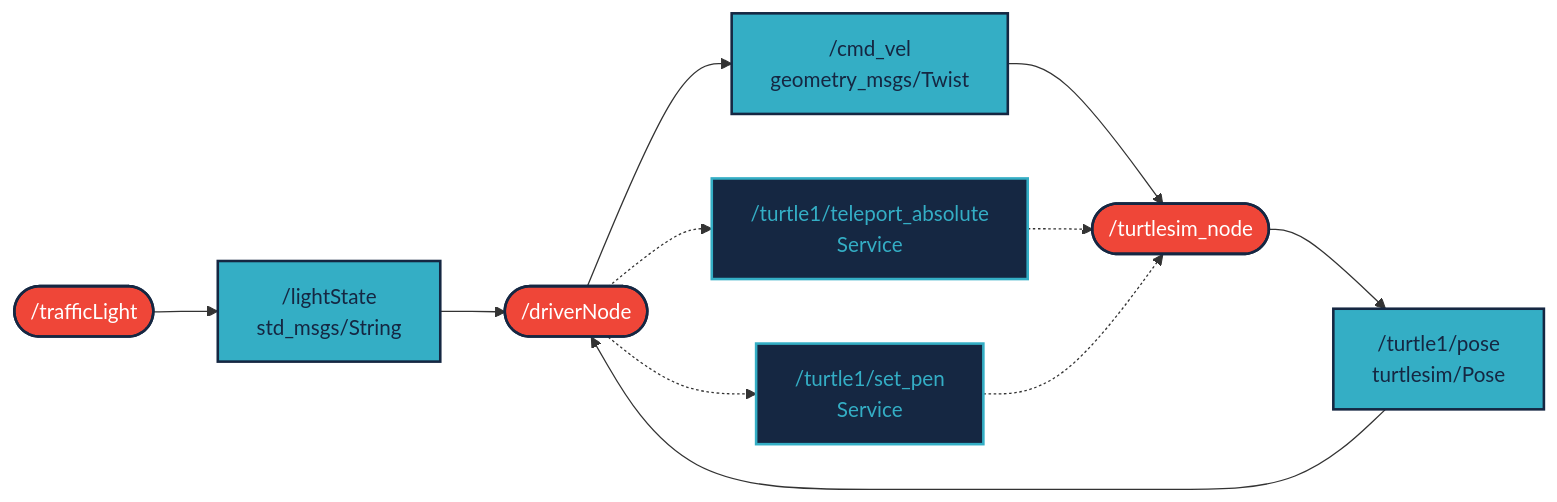
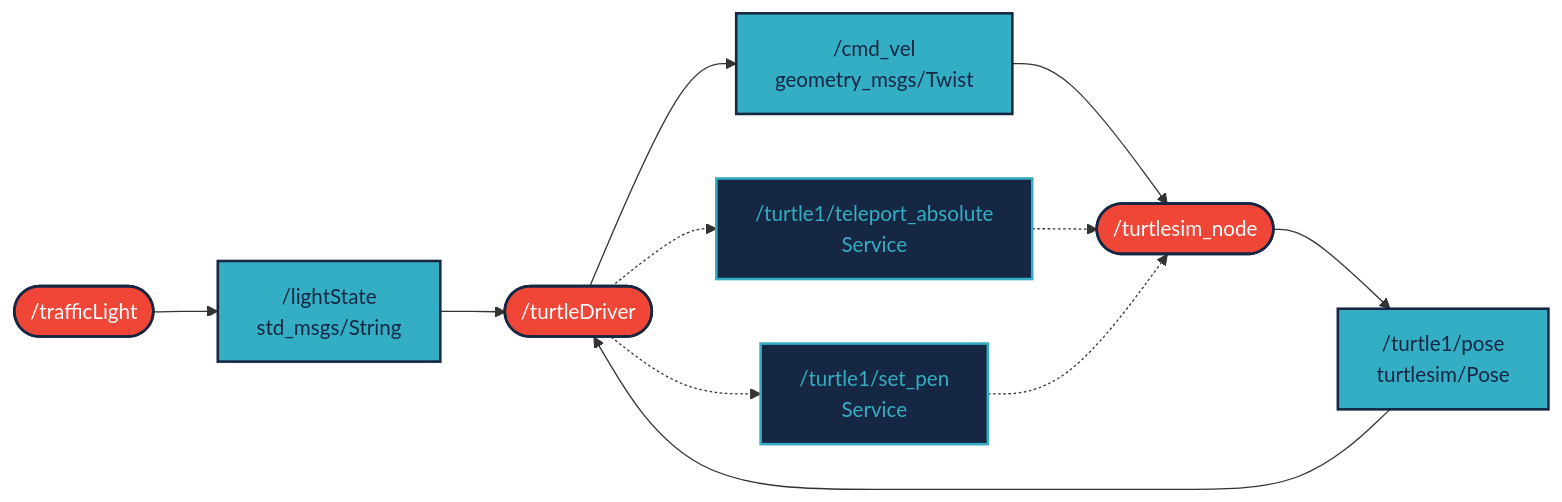
Before and after one commit to AstruntCM/may_nev_ajr: the diagram in README.md, drawn with Mermaid. The commit also changed other lines of this file, not shown here.

Commit message:
Update README v4

````diff
--- a/README.md
+++ b/README.md
@@ -53,18 +53,18 @@
 ```mermaid
 graph LR;
     tl([ /trafficLight]):::red --> light[ /lightState<br/>std_msgs/String]:::light
-    light --> dr([ /driverNode]):::red
+    light --> dr([ /turtleDriver]):::red
     dr --> cmd[ /cmd_vel<br/>geometry_msgs/Twist]:::light
     cmd --> ts([ /turtlesim_node]):::red
     ts --> pose[ /turtle1/pose<br/>turtlesim/Pose]:::light
     pose --> dr
     dr -.-> teleport[ /turtle1/teleport_absolute<br/>Service]:::dark
     teleport -.-> ts
     dr -.-> pen[ /turtle1/set_pen<br/>Service]:::dark
     pen -.-> ts
     
     classDef light fill:#34aec5,stroke:#152742,stroke-width:2px,color:#152742
     classDef dark fill:#152742,stroke:#34aec5,stroke-width:2px,color:#34aec5
     classDef white fill:#ffffff,stroke:#152742,stroke-width:2px,color:#152742
     classDef red fill:#ef4638,stroke:#152742,stroke-width:2px,color:#fff
 ```
````
